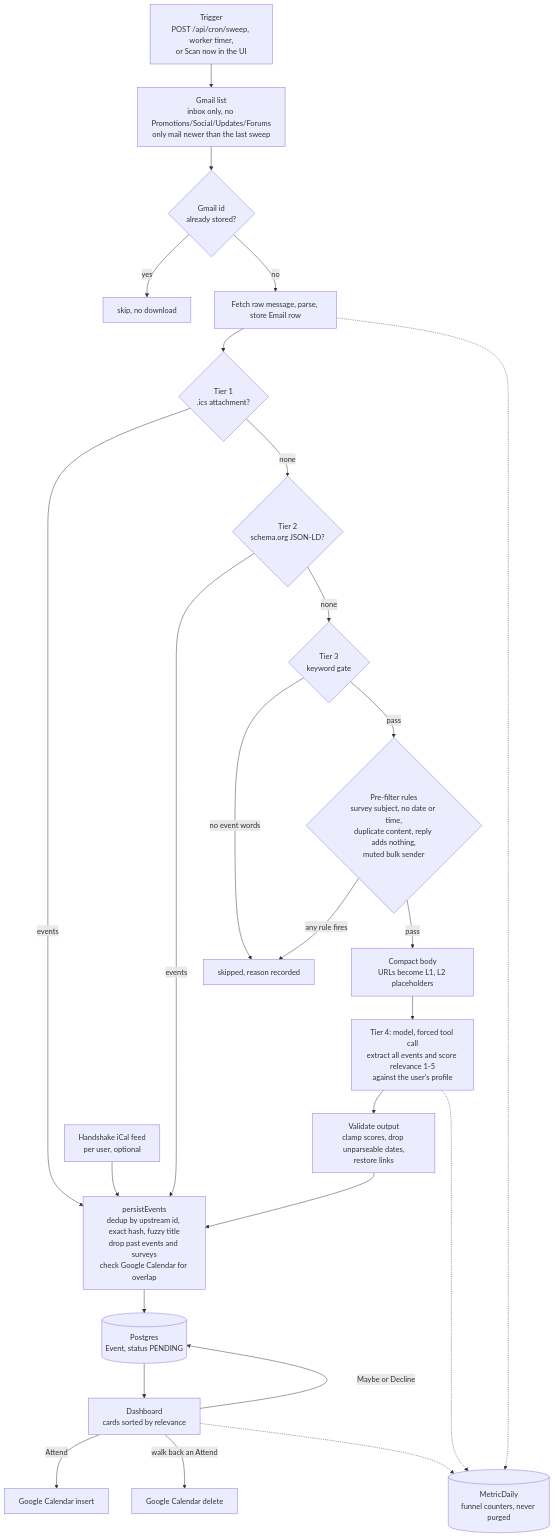
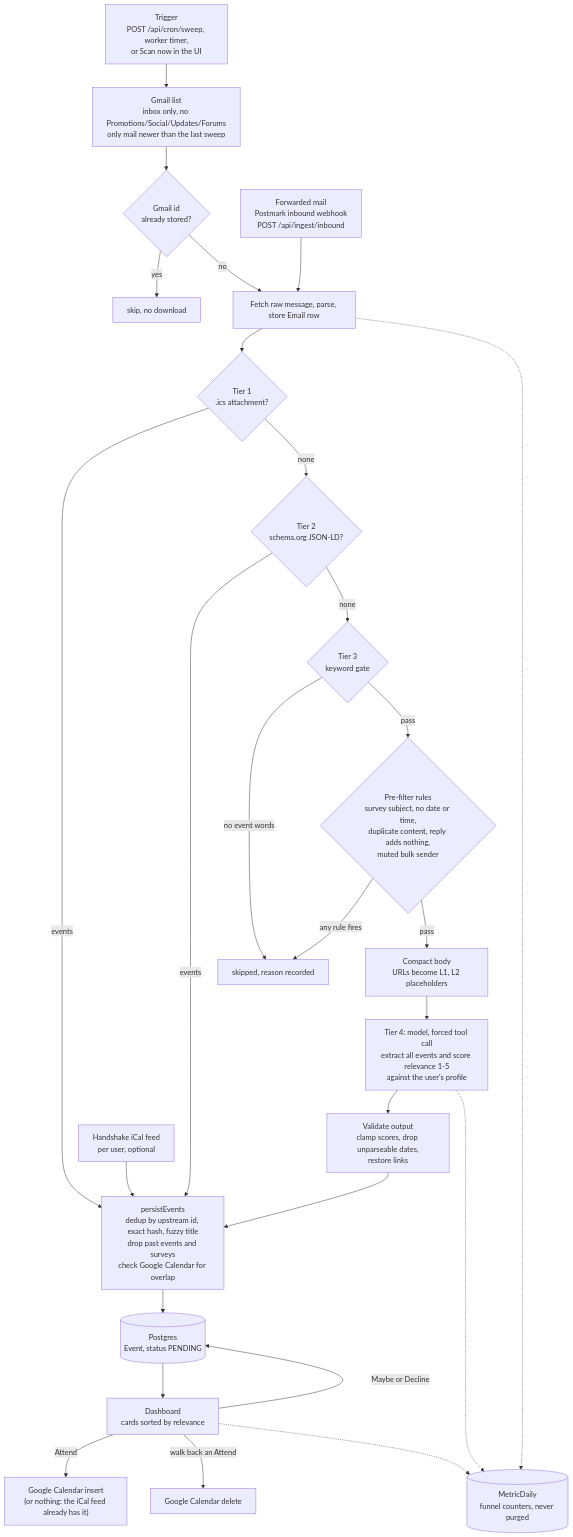
Before and after one commit to anniehyd/Lumi: the diagram in docs/ARCHITECTURE.md, drawn with Mermaid. The commit also changed other lines of this file and 22 other files, not shown here.

````diff
--- a/docs/ARCHITECTURE.md
+++ b/docs/ARCHITECTURE.md
@@ -22,32 +25,33 @@
 ```mermaid
 flowchart TD
     T["Trigger<br/>POST /api/cron/sweep, worker timer,<br/>or Scan now in the UI"] --> Q["Gmail list<br/>inbox only, no Promotions/Social/Updates/Forums<br/>only mail newer than the last sweep"]
     Q --> K{"Gmail id<br/>already stored?"}
     K -- yes --> X1["skip, no download"]
     K -- no --> F["Fetch raw message, parse, store Email row"]
+    I["Forwarded mail<br/>Postmark inbound webhook<br/>POST /api/ingest/inbound"] --> F
 
     F --> T1{"Tier 1<br/>.ics attachment?"}
     T1 -- events --> P
     T1 -- none --> T2{"Tier 2<br/>schema.org JSON-LD?"}
     T2 -- events --> P
     T2 -- none --> T3{"Tier 3<br/>keyword gate"}
     T3 -- no event words --> S["skipped, reason recorded"]
     T3 -- pass --> R{"Pre-filter rules<br/>survey subject, no date or time,<br/>duplicate content, reply adds nothing,<br/>muted bulk sender"}
     R -- any rule fires --> S
     R -- pass --> C["Compact body<br/>URLs become L1, L2 placeholders"]
     C --> T4["Tier 4: model, forced tool call<br/>extract all events and score relevance 1-5<br/>against the user's profile"]
     T4 --> V["Validate output<br/>clamp scores, drop unparseable dates,<br/>restore links"]
     V --> P
 
     H["Handshake iCal feed<br/>per user, optional"] --> P
 
     P["persistEvents<br/>dedup by upstream id, exact hash, fuzzy title<br/>drop past events and surveys<br/>check Google Calendar for overlap"] --> DB[("Postgres<br/>Event, status PENDING")]
     DB --> UI["Dashboard<br/>cards sorted by relevance"]
-    UI -- Attend --> GC["Google Calendar insert"]
+    UI -- Attend --> GC["Google Calendar insert<br/>(or nothing: the iCal feed already has it)"]
     UI -- Maybe or Decline --> DB
     UI -- walk back an Attend --> GD["Google Calendar delete"]
 
     F -.-> M[("MetricDaily<br/>funnel counters, never purged")]
     T4 -.-> M
     UI -.-> M
 ```
````
